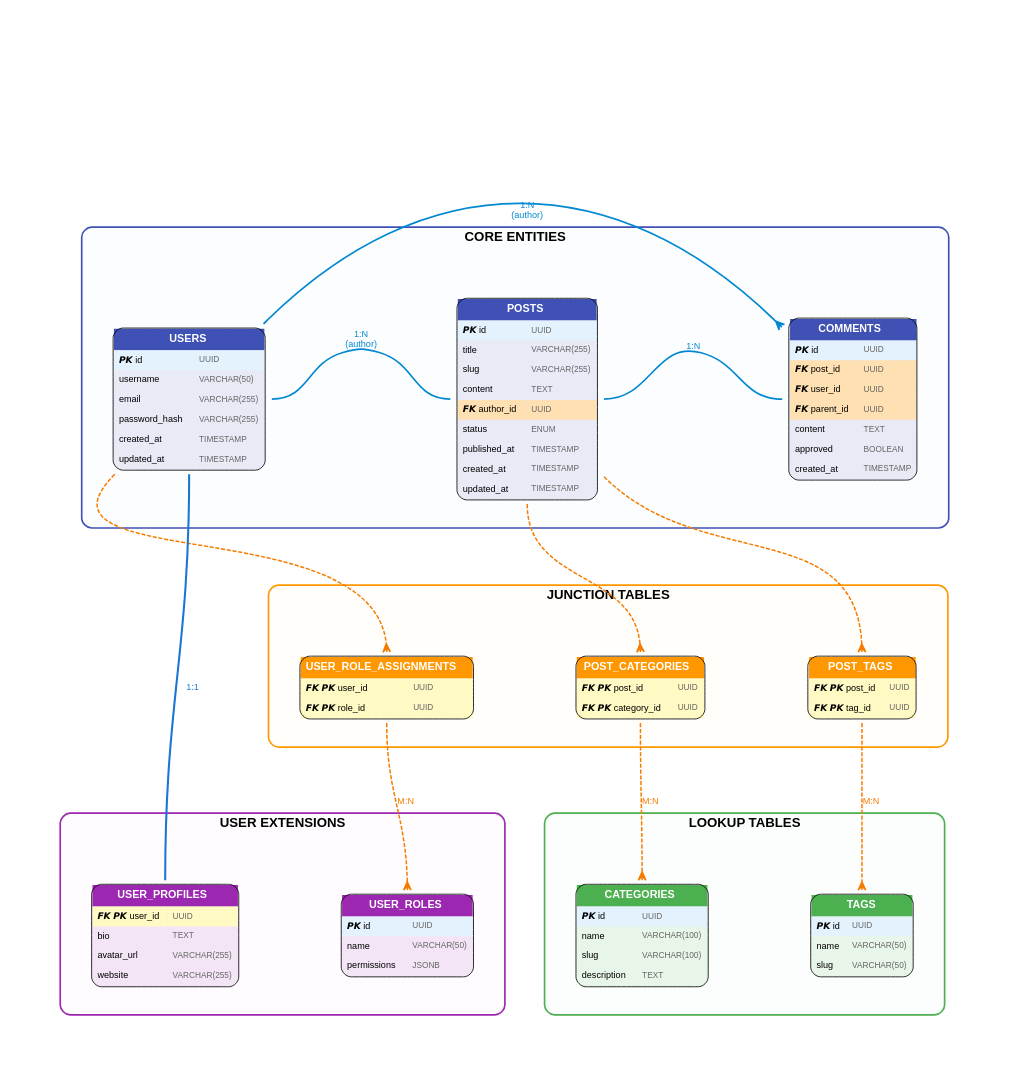
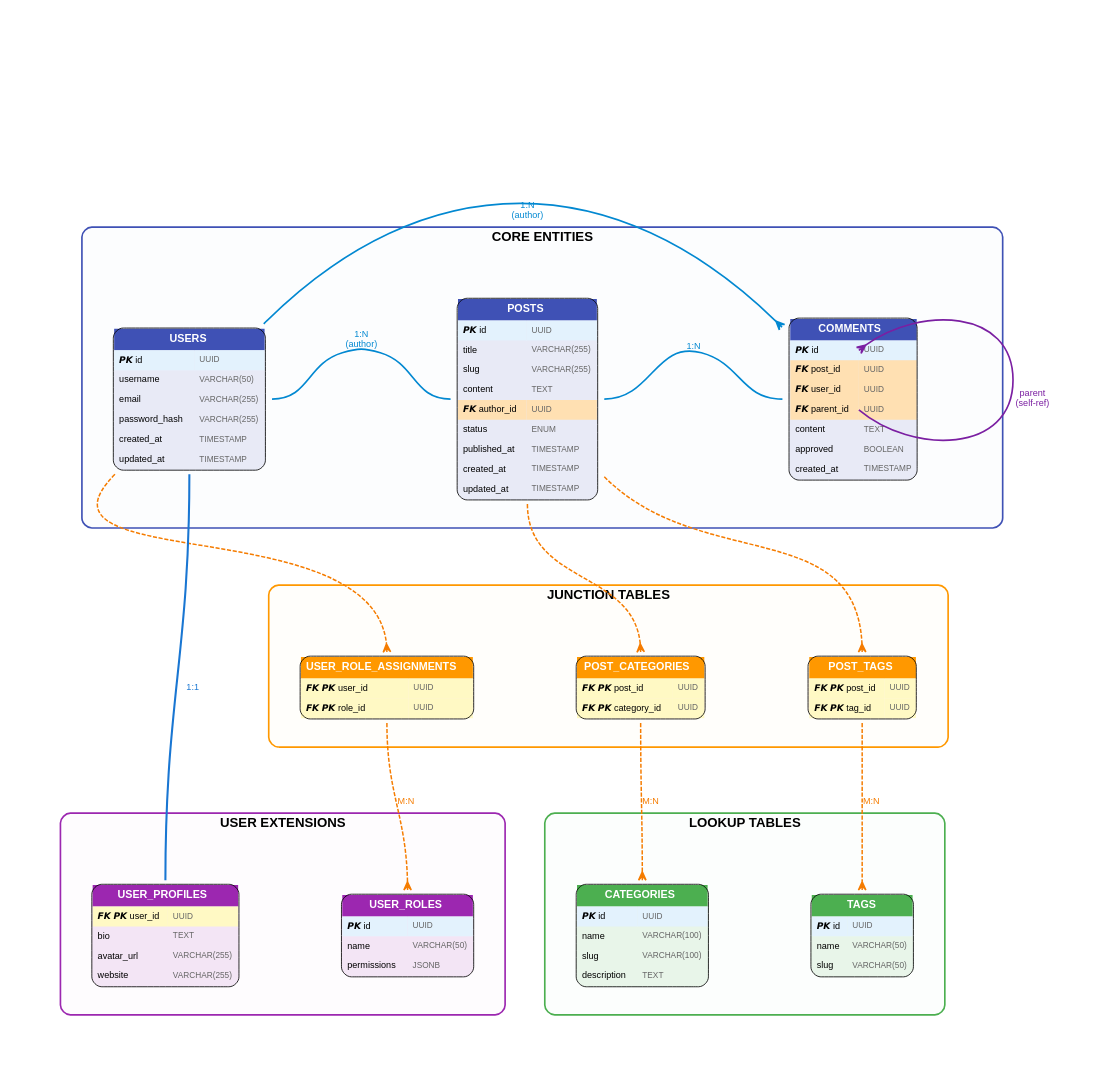
One commit to ts-graphviz/ts-graphviz changed the diagram in examples/erd-blog-platform/blog-platform-erd.dot. Above: the diagram before and after it, drawn with Graphviz. The commit also changed 2 other files, not shown here.

```diff
--- a/examples/erd-blog-platform/blog-platform-erd.dot
+++ b/examples/erd-blog-platform/blog-platform-erd.dot
@@ -31,23 +31,23 @@
     "users" [
       shape = "plaintext";
       label = <<TABLE BORDER="1" CELLBORDER="0" CELLSPACING="0" CELLPADDING="6" BGCOLOR="#E8EAF6" STYLE="ROUNDED">
-    <TR><TD COLSPAN="2" BGCOLOR="#3F51B5"><FONT COLOR="white" POINT-SIZE="13"><B>USERS</B></FONT></TD></TR>
-    <TR><TD ALIGN="LEFT" PORT="id" BGCOLOR="#E3F2FD"><FONT POINT-SIZE="11">𝙋𝙆 id</FONT></TD><TD ALIGN="LEFT" BGCOLOR="#E3F2FD"><FONT POINT-SIZE="10" COLOR="#666666">UUID</FONT></TD></TR><TR><TD ALIGN="LEFT" PORT="username"><FONT POINT-SIZE="11">username</FONT></TD><TD ALIGN="LEFT"><FONT POINT-SIZE="10" COLOR="#666666">VARCHAR(50)</FONT></TD></TR><TR><TD ALIGN="LEFT" PORT="email"><FONT POINT-SIZE="11">email</FONT></TD><TD ALIGN="LEFT"><FONT POINT-SIZE="10" COLOR="#666666">VARCHAR(255)</FONT></TD></TR><TR><TD ALIGN="LEFT" PORT="password_hash"><FONT POINT-SIZE="11">password_hash</FONT></TD><TD ALIGN="LEFT"><FONT POINT-SIZE="10" COLOR="#666666">VARCHAR(255)</FONT></TD></TR><TR><TD ALIGN="LEFT" PORT="created_at"><FONT POINT-SIZE="11">created_at</FONT></TD><TD ALIGN="LEFT"><FONT POINT-SIZE="10" COLOR="#666666">TIMESTAMP</FONT></TD></TR><TR><TD ALIGN="LEFT" PORT="updated_at"><FONT POINT-SIZE="11">updated_at</FONT></TD><TD ALIGN="LEFT"><FONT POINT-SIZE="10" COLOR="#666666">TIMESTAMP</FONT></TD></TR>
-  </TABLE>>;
+  <TR><TD COLSPAN="2" BGCOLOR="#3F51B5"><FONT COLOR="white" POINT-SIZE="13"><B>USERS</B></FONT></TD></TR>
+  <TR><TD ALIGN="LEFT" PORT="id" BGCOLOR="#E3F2FD"><FONT POINT-SIZE="11">𝙋𝙆 id</FONT></TD><TD ALIGN="LEFT" BGCOLOR="#E3F2FD"><FONT POINT-SIZE="10" COLOR="#666666">UUID</FONT></TD></TR><TR><TD ALIGN="LEFT" PORT="username"><FONT POINT-SIZE="11">username</FONT></TD><TD ALIGN="LEFT"><FONT POINT-SIZE="10" COLOR="#666666">VARCHAR(50)</FONT></TD></TR><TR><TD ALIGN="LEFT" PORT="email"><FONT POINT-SIZE="11">email</FONT></TD><TD ALIGN="LEFT"><FONT POINT-SIZE="10" COLOR="#666666">VARCHAR(255)</FONT></TD></TR><TR><TD ALIGN="LEFT" PORT="password_hash"><FONT POINT-SIZE="11">password_hash</FONT></TD><TD ALIGN="LEFT"><FONT POINT-SIZE="10" COLOR="#666666">VARCHAR(255)</FONT></TD></TR><TR><TD ALIGN="LEFT" PORT="created_at"><FONT POINT-SIZE="11">created_at</FONT></TD><TD ALIGN="LEFT"><FONT POINT-SIZE="10" COLOR="#666666">TIMESTAMP</FONT></TD></TR><TR><TD ALIGN="LEFT" PORT="updated_at"><FONT POINT-SIZE="11">updated_at</FONT></TD><TD ALIGN="LEFT"><FONT POINT-SIZE="10" COLOR="#666666">TIMESTAMP</FONT></TD></TR>
+</TABLE>>;
     ];
     "posts" [
       shape = "plaintext";
       label = <<TABLE BORDER="1" CELLBORDER="0" CELLSPACING="0" CELLPADDING="6" BGCOLOR="#E8EAF6" STYLE="ROUNDED">
-    <TR><TD COLSPAN="2" BGCOLOR="#3F51B5"><FONT COLOR="white" POINT-SIZE="13"><B>POSTS</B></FONT></TD></TR>
-    <TR><TD ALIGN="LEFT" PORT="id" BGCOLOR="#E3F2FD"><FONT POINT-SIZE="11">𝙋𝙆 id</FONT></TD><TD ALIGN="LEFT" BGCOLOR="#E3F2FD"><FONT POINT-SIZE="10" COLOR="#666666">UUID</FONT></TD></TR><TR><TD ALIGN="LEFT" PORT="title"><FONT POINT-SIZE="11">title</FONT></TD><TD ALIGN="LEFT"><FONT POINT-SIZE="10" COLOR="#666666">VARCHAR(255)</FONT></TD></TR><TR><TD ALIGN="LEFT" PORT="slug"><FONT POINT-SIZE="11">slug</FONT></TD><TD ALIGN="LEFT"><FONT POINT-SIZE="10" COLOR="#666666">VARCHAR(255)</FONT></TD></TR><TR><TD ALIGN="LEFT" PORT="content"><FONT POINT-SIZE="11">content</FONT></TD><TD ALIGN="LEFT"><FONT POINT-SIZE="10" COLOR="#666666">TEXT</FONT></TD></TR><TR><TD ALIGN="LEFT" PORT="author_id" BGCOLOR="#FFE0B2"><FONT POINT-SIZE="11">𝙁𝙆 author_id</FONT></TD><TD ALIGN="LEFT" BGCOLOR="#FFE0B2"><FONT POINT-SIZE="10" COLOR="#666666">UUID</FONT></TD></TR><TR><TD ALIGN="LEFT" PORT="status"><FONT POINT-SIZE="11">status</FONT></TD><TD ALIGN="LEFT"><FONT POINT-SIZE="10" COLOR="#666666">ENUM</FONT></TD></TR><TR><TD ALIGN="LEFT" PORT="published_at"><FONT POINT-SIZE="11">published_at</FONT></TD><TD ALIGN="LEFT"><FONT POINT-SIZE="10" COLOR="#666666">TIMESTAMP</FONT></TD></TR><TR><TD ALIGN="LEFT" PORT="created_at"><FONT POINT-SIZE="11">created_at</FONT></TD><TD ALIGN="LEFT"><FONT POINT-SIZE="10" COLOR="#666666">TIMESTAMP</FONT></TD></TR><TR><TD ALIGN="LEFT" PORT="updated_at"><FONT POINT-SIZE="11">updated_at</FONT></TD><TD ALIGN="LEFT"><FONT POINT-SIZE="10" COLOR="#666666">TIMESTAMP</FONT></TD></TR>
-  </TABLE>>;
+  <TR><TD COLSPAN="2" BGCOLOR="#3F51B5"><FONT COLOR="white" POINT-SIZE="13"><B>POSTS</B></FONT></TD></TR>
+  <TR><TD ALIGN="LEFT" PORT="id" BGCOLOR="#E3F2FD"><FONT POINT-SIZE="11">𝙋𝙆 id</FONT></TD><TD ALIGN="LEFT" BGCOLOR="#E3F2FD"><FONT POINT-SIZE="10" COLOR="#666666">UUID</FONT></TD></TR><TR><TD ALIGN="LEFT" PORT="title"><FONT POINT-SIZE="11">title</FONT></TD><TD ALIGN="LEFT"><FONT POINT-SIZE="10" COLOR="#666666">VARCHAR(255)</FONT></TD></TR><TR><TD ALIGN="LEFT" PORT="slug"><FONT POINT-SIZE="11">slug</FONT></TD><TD ALIGN="LEFT"><FONT POINT-SIZE="10" COLOR="#666666">VARCHAR(255)</FONT></TD></TR><TR><TD ALIGN="LEFT" PORT="content"><FONT POINT-SIZE="11">content</FONT></TD><TD ALIGN="LEFT"><FONT POINT-SIZE="10" COLOR="#666666">TEXT</FONT></TD></TR><TR><TD ALIGN="LEFT" PORT="author_id" BGCOLOR="#FFE0B2"><FONT POINT-SIZE="11">𝙁𝙆 author_id</FONT></TD><TD ALIGN="LEFT" BGCOLOR="#FFE0B2"><FONT POINT-SIZE="10" COLOR="#666666">UUID</FONT></TD></TR><TR><TD ALIGN="LEFT" PORT="status"><FONT POINT-SIZE="11">status</FONT></TD><TD ALIGN="LEFT"><FONT POINT-SIZE="10" COLOR="#666666">ENUM</FONT></TD></TR><TR><TD ALIGN="LEFT" PORT="published_at"><FONT POINT-SIZE="11">published_at</FONT></TD><TD ALIGN="LEFT"><FONT POINT-SIZE="10" COLOR="#666666">TIMESTAMP</FONT></TD></TR><TR><TD ALIGN="LEFT" PORT="created_at"><FONT POINT-SIZE="11">created_at</FONT></TD><TD ALIGN="LEFT"><FONT POINT-SIZE="10" COLOR="#666666">TIMESTAMP</FONT></TD></TR><TR><TD ALIGN="LEFT" PORT="updated_at"><FONT POINT-SIZE="11">updated_at</FONT></TD><TD ALIGN="LEFT"><FONT POINT-SIZE="10" COLOR="#666666">TIMESTAMP</FONT></TD></TR>
+</TABLE>>;
     ];
     "comments" [
       shape = "plaintext";
       label = <<TABLE BORDER="1" CELLBORDER="0" CELLSPACING="0" CELLPADDING="6" BGCOLOR="#E8EAF6" STYLE="ROUNDED">
-    <TR><TD COLSPAN="2" BGCOLOR="#3F51B5"><FONT COLOR="white" POINT-SIZE="13"><B>COMMENTS</B></FONT></TD></TR>
-    <TR><TD ALIGN="LEFT" PORT="id" BGCOLOR="#E3F2FD"><FONT POINT-SIZE="11">𝙋𝙆 id</FONT></TD><TD ALIGN="LEFT" BGCOLOR="#E3F2FD"><FONT POINT-SIZE="10" COLOR="#666666">UUID</FONT></TD></TR><TR><TD ALIGN="LEFT" PORT="post_id" BGCOLOR="#FFE0B2"><FONT POINT-SIZE="11">𝙁𝙆 post_id</FONT></TD><TD ALIGN="LEFT" BGCOLOR="#FFE0B2"><FONT POINT-SIZE="10" COLOR="#666666">UUID</FONT></TD></TR><TR><TD ALIGN="LEFT" PORT="user_id" BGCOLOR="#FFE0B2"><FONT POINT-SIZE="11">𝙁𝙆 user_id</FONT></TD><TD ALIGN="LEFT" BGCOLOR="#FFE0B2"><FONT POINT-SIZE="10" COLOR="#666666">UUID</FONT></TD></TR><TR><TD ALIGN="LEFT" PORT="parent_id" BGCOLOR="#FFE0B2"><FONT POINT-SIZE="11">𝙁𝙆 parent_id</FONT></TD><TD ALIGN="LEFT" BGCOLOR="#FFE0B2"><FONT POINT-SIZE="10" COLOR="#666666">UUID</FONT></TD></TR><TR><TD ALIGN="LEFT" PORT="content"><FONT POINT-SIZE="11">content</FONT></TD><TD ALIGN="LEFT"><FONT POINT-SIZE="10" COLOR="#666666">TEXT</FONT></TD></TR><TR><TD ALIGN="LEFT" PORT="approved"><FONT POINT-SIZE="11">approved</FONT></TD><TD ALIGN="LEFT"><FONT POINT-SIZE="10" COLOR="#666666">BOOLEAN</FONT></TD></TR><TR><TD ALIGN="LEFT" PORT="created_at"><FONT POINT-SIZE="11">created_at</FONT></TD><TD ALIGN="LEFT"><FONT POINT-SIZE="10" COLOR="#666666">TIMESTAMP</FONT></TD></TR>
-  </TABLE>>;
+  <TR><TD COLSPAN="2" BGCOLOR="#3F51B5"><FONT COLOR="white" POINT-SIZE="13"><B>COMMENTS</B></FONT></TD></TR>
+  <TR><TD ALIGN="LEFT" PORT="id" BGCOLOR="#E3F2FD"><FONT POINT-SIZE="11">𝙋𝙆 id</FONT></TD><TD ALIGN="LEFT" BGCOLOR="#E3F2FD"><FONT POINT-SIZE="10" COLOR="#666666">UUID</FONT></TD></TR><TR><TD ALIGN="LEFT" PORT="post_id" BGCOLOR="#FFE0B2"><FONT POINT-SIZE="11">𝙁𝙆 post_id</FONT></TD><TD ALIGN="LEFT" BGCOLOR="#FFE0B2"><FONT POINT-SIZE="10" COLOR="#666666">UUID</FONT></TD></TR><TR><TD ALIGN="LEFT" PORT="user_id" BGCOLOR="#FFE0B2"><FONT POINT-SIZE="11">𝙁𝙆 user_id</FONT></TD><TD ALIGN="LEFT" BGCOLOR="#FFE0B2"><FONT POINT-SIZE="10" COLOR="#666666">UUID</FONT></TD></TR><TR><TD ALIGN="LEFT" PORT="parent_id" BGCOLOR="#FFE0B2"><FONT POINT-SIZE="11">𝙁𝙆 parent_id</FONT></TD><TD ALIGN="LEFT" BGCOLOR="#FFE0B2"><FONT POINT-SIZE="10" COLOR="#666666">UUID</FONT></TD></TR><TR><TD ALIGN="LEFT" PORT="content"><FONT POINT-SIZE="11">content</FONT></TD><TD ALIGN="LEFT"><FONT POINT-SIZE="10" COLOR="#666666">TEXT</FONT></TD></TR><TR><TD ALIGN="LEFT" PORT="approved"><FONT POINT-SIZE="11">approved</FONT></TD><TD ALIGN="LEFT"><FONT POINT-SIZE="10" COLOR="#666666">BOOLEAN</FONT></TD></TR><TR><TD ALIGN="LEFT" PORT="created_at"><FONT POINT-SIZE="11">created_at</FONT></TD><TD ALIGN="LEFT"><FONT POINT-SIZE="10" COLOR="#666666">TIMESTAMP</FONT></TD></TR>
+</TABLE>>;
     ];
   }
   subgraph "cluster_junction" {
@@ -62,23 +62,23 @@
     "post_categories" [
       shape = "plaintext";
       label = <<TABLE BORDER="1" CELLBORDER="0" CELLSPACING="0" CELLPADDING="6" BGCOLOR="#FFF3E0" STYLE="ROUNDED">
-    <TR><TD COLSPAN="2" BGCOLOR="#FF9800"><FONT COLOR="white" POINT-SIZE="13"><B>POST_CATEGORIES</B></FONT></TD></TR>
-    <TR><TD ALIGN="LEFT" PORT="post_id" BGCOLOR="#FFF9C4"><FONT POINT-SIZE="11">𝙁𝙆 𝙋𝙆 post_id</FONT></TD><TD ALIGN="LEFT" BGCOLOR="#FFF9C4"><FONT POINT-SIZE="10" COLOR="#666666">UUID</FONT></TD></TR><TR><TD ALIGN="LEFT" PORT="category_id" BGCOLOR="#FFF9C4"><FONT POINT-SIZE="11">𝙁𝙆 𝙋𝙆 category_id</FONT></TD><TD ALIGN="LEFT" BGCOLOR="#FFF9C4"><FONT POINT-SIZE="10" COLOR="#666666">UUID</FONT></TD></TR>
-  </TABLE>>;
+  <TR><TD COLSPAN="2" BGCOLOR="#FF9800"><FONT COLOR="white" POINT-SIZE="13"><B>POST_CATEGORIES</B></FONT></TD></TR>
+  <TR><TD ALIGN="LEFT" PORT="post_id" BGCOLOR="#FFF9C4"><FONT POINT-SIZE="11">𝙁𝙆 𝙋𝙆 post_id</FONT></TD><TD ALIGN="LEFT" BGCOLOR="#FFF9C4"><FONT POINT-SIZE="10" COLOR="#666666">UUID</FONT></TD></TR><TR><TD ALIGN="LEFT" PORT="category_id" BGCOLOR="#FFF9C4"><FONT POINT-SIZE="11">𝙁𝙆 𝙋𝙆 category_id</FONT></TD><TD ALIGN="LEFT" BGCOLOR="#FFF9C4"><FONT POINT-SIZE="10" COLOR="#666666">UUID</FONT></TD></TR>
+</TABLE>>;
     ];
     "post_tags" [
       shape = "plaintext";
       label = <<TABLE BORDER="1" CELLBORDER="0" CELLSPACING="0" CELLPADDING="6" BGCOLOR="#FFF3E0" STYLE="ROUNDED">
-    <TR><TD COLSPAN="2" BGCOLOR="#FF9800"><FONT COLOR="white" POINT-SIZE="13"><B>POST_TAGS</B></FONT></TD></TR>
-    <TR><TD ALIGN="LEFT" PORT="post_id" BGCOLOR="#FFF9C4"><FONT POINT-SIZE="11">𝙁𝙆 𝙋𝙆 post_id</FONT></TD><TD ALIGN="LEFT" BGCOLOR="#FFF9C4"><FONT POINT-SIZE="10" COLOR="#666666">UUID</FONT></TD></TR><TR><TD ALIGN="LEFT" PORT="tag_id" BGCOLOR="#FFF9C4"><FONT POINT-SIZE="11">𝙁𝙆 𝙋𝙆 tag_id</FONT></TD><TD ALIGN="LEFT" BGCOLOR="#FFF9C4"><FONT POINT-SIZE="10" COLOR="#666666">UUID</FONT></TD></TR>
-  </TABLE>>;
+  <TR><TD COLSPAN="2" BGCOLOR="#FF9800"><FONT COLOR="white" POINT-SIZE="13"><B>POST_TAGS</B></FONT></TD></TR>
+  <TR><TD ALIGN="LEFT" PORT="post_id" BGCOLOR="#FFF9C4"><FONT POINT-SIZE="11">𝙁𝙆 𝙋𝙆 post_id</FONT></TD><TD ALIGN="LEFT" BGCOLOR="#FFF9C4"><FONT POINT-SIZE="10" COLOR="#666666">UUID</FONT></TD></TR><TR><TD ALIGN="LEFT" PORT="tag_id" BGCOLOR="#FFF9C4"><FONT POINT-SIZE="11">𝙁𝙆 𝙋𝙆 tag_id</FONT></TD><TD ALIGN="LEFT" BGCOLOR="#FFF9C4"><FONT POINT-SIZE="10" COLOR="#666666">UUID</FONT></TD></TR>
+</TABLE>>;
     ];
     "user_role_assignments" [
       shape = "plaintext";
       label = <<TABLE BORDER="1" CELLBORDER="0" CELLSPACING="0" CELLPADDING="6" BGCOLOR="#FFF3E0" STYLE="ROUNDED">
-    <TR><TD COLSPAN="2" BGCOLOR="#FF9800"><FONT COLOR="white" POINT-SIZE="13"><B>USER_ROLE_ASSIGNMENTS</B></FONT></TD></TR>
-    <TR><TD ALIGN="LEFT" PORT="user_id" BGCOLOR="#FFF9C4"><FONT POINT-SIZE="11">𝙁𝙆 𝙋𝙆 user_id</FONT></TD><TD ALIGN="LEFT" BGCOLOR="#FFF9C4"><FONT POINT-SIZE="10" COLOR="#666666">UUID</FONT></TD></TR><TR><TD ALIGN="LEFT" PORT="role_id" BGCOLOR="#FFF9C4"><FONT POINT-SIZE="11">𝙁𝙆 𝙋𝙆 role_id</FONT></TD><TD ALIGN="LEFT" BGCOLOR="#FFF9C4"><FONT POINT-SIZE="10" COLOR="#666666">UUID</FONT></TD></TR>
-  </TABLE>>;
+  <TR><TD COLSPAN="2" BGCOLOR="#FF9800"><FONT COLOR="white" POINT-SIZE="13"><B>USER_ROLE_ASSIGNMENTS</B></FONT></TD></TR>
+  <TR><TD ALIGN="LEFT" PORT="user_id" BGCOLOR="#FFF9C4"><FONT POINT-SIZE="11">𝙁𝙆 𝙋𝙆 user_id</FONT></TD><TD ALIGN="LEFT" BGCOLOR="#FFF9C4"><FONT POINT-SIZE="10" COLOR="#666666">UUID</FONT></TD></TR><TR><TD ALIGN="LEFT" PORT="role_id" BGCOLOR="#FFF9C4"><FONT POINT-SIZE="11">𝙁𝙆 𝙋𝙆 role_id</FONT></TD><TD ALIGN="LEFT" BGCOLOR="#FFF9C4"><FONT POINT-SIZE="10" COLOR="#666666">UUID</FONT></TD></TR>
+</TABLE>>;
     ];
   }
   subgraph "cluster_lookup" {
@@ -93,16 +93,16 @@
     "categories" [
       shape = "plaintext";
       label = <<TABLE BORDER="1" CELLBORDER="0" CELLSPACING="0" CELLPADDING="6" BGCOLOR="#E8F5E9" STYLE="ROUNDED">
-    <TR><TD COLSPAN="2" BGCOLOR="#4CAF50"><FONT COLOR="white" POINT-SIZE="13"><B>CATEGORIES</B></FONT></TD></TR>
-    <TR><TD ALIGN="LEFT" PORT="id" BGCOLOR="#E3F2FD"><FONT POINT-SIZE="11">𝙋𝙆 id</FONT></TD><TD ALIGN="LEFT" BGCOLOR="#E3F2FD"><FONT POINT-SIZE="10" COLOR="#666666">UUID</FONT></TD></TR><TR><TD ALIGN="LEFT" PORT="name"><FONT POINT-SIZE="11">name</FONT></TD><TD ALIGN="LEFT"><FONT POINT-SIZE="10" COLOR="#666666">VARCHAR(100)</FONT></TD></TR><TR><TD ALIGN="LEFT" PORT="slug"><FONT POINT-SIZE="11">slug</FONT></TD><TD ALIGN="LEFT"><FONT POINT-SIZE="10" COLOR="#666666">VARCHAR(100)</FONT></TD></TR><TR><TD ALIGN="LEFT" PORT="description"><FONT POINT-SIZE="11">description</FONT></TD><TD ALIGN="LEFT"><FONT POINT-SIZE="10" COLOR="#666666">TEXT</FONT></TD></TR>
-  </TABLE>>;
+  <TR><TD COLSPAN="2" BGCOLOR="#4CAF50"><FONT COLOR="white" POINT-SIZE="13"><B>CATEGORIES</B></FONT></TD></TR>
+  <TR><TD ALIGN="LEFT" PORT="id" BGCOLOR="#E3F2FD"><FONT POINT-SIZE="11">𝙋𝙆 id</FONT></TD><TD ALIGN="LEFT" BGCOLOR="#E3F2FD"><FONT POINT-SIZE="10" COLOR="#666666">UUID</FONT></TD></TR><TR><TD ALIGN="LEFT" PORT="name"><FONT POINT-SIZE="11">name</FONT></TD><TD ALIGN="LEFT"><FONT POINT-SIZE="10" COLOR="#666666">VARCHAR(100)</FONT></TD></TR><TR><TD ALIGN="LEFT" PORT="slug"><FONT POINT-SIZE="11">slug</FONT></TD><TD ALIGN="LEFT"><FONT POINT-SIZE="10" COLOR="#666666">VARCHAR(100)</FONT></TD></TR><TR><TD ALIGN="LEFT" PORT="description"><FONT POINT-SIZE="11">description</FONT></TD><TD ALIGN="LEFT"><FONT POINT-SIZE="10" COLOR="#666666">TEXT</FONT></TD></TR>
+</TABLE>>;
     ];
     "tags" [
       shape = "plaintext";
       label = <<TABLE BORDER="1" CELLBORDER="0" CELLSPACING="0" CELLPADDING="6" BGCOLOR="#E8F5E9" STYLE="ROUNDED">
-    <TR><TD COLSPAN="2" BGCOLOR="#4CAF50"><FONT COLOR="white" POINT-SIZE="13"><B>TAGS</B></FONT></TD></TR>
-    <TR><TD ALIGN="LEFT" PORT="id" BGCOLOR="#E3F2FD"><FONT POINT-SIZE="11">𝙋𝙆 id</FONT></TD><TD ALIGN="LEFT" BGCOLOR="#E3F2FD"><FONT POINT-SIZE="10" COLOR="#666666">UUID</FONT></TD></TR><TR><TD ALIGN="LEFT" PORT="name"><FONT POINT-SIZE="11">name</FONT></TD><TD ALIGN="LEFT"><FONT POINT-SIZE="10" COLOR="#666666">VARCHAR(50)</FONT></TD></TR><TR><TD ALIGN="LEFT" PORT="slug"><FONT POINT-SIZE="11">slug</FONT></TD><TD ALIGN="LEFT"><FONT POINT-SIZE="10" COLOR="#666666">VARCHAR(50)</FONT></TD></TR>
-  </TABLE>>;
+  <TR><TD COLSPAN="2" BGCOLOR="#4CAF50"><FONT COLOR="white" POINT-SIZE="13"><B>TAGS</B></FONT></TD></TR>
+  <TR><TD ALIGN="LEFT" PORT="id" BGCOLOR="#E3F2FD"><FONT POINT-SIZE="11">𝙋𝙆 id</FONT></TD><TD ALIGN="LEFT" BGCOLOR="#E3F2FD"><FONT POINT-SIZE="10" COLOR="#666666">UUID</FONT></TD></TR><TR><TD ALIGN="LEFT" PORT="name"><FONT POINT-SIZE="11">name</FONT></TD><TD ALIGN="LEFT"><FONT POINT-SIZE="10" COLOR="#666666">VARCHAR(50)</FONT></TD></TR><TR><TD ALIGN="LEFT" PORT="slug"><FONT POINT-SIZE="11">slug</FONT></TD><TD ALIGN="LEFT"><FONT POINT-SIZE="10" COLOR="#666666">VARCHAR(50)</FONT></TD></TR>
+</TABLE>>;
     ];
   }
   subgraph "cluster_user_ext" {
@@ -117,16 +117,16 @@
     "user_profiles" [
       shape = "plaintext";
       label = <<TABLE BORDER="1" CELLBORDER="0" CELLSPACING="0" CELLPADDING="6" BGCOLOR="#F3E5F5" STYLE="ROUNDED">
-    <TR><TD COLSPAN="2" BGCOLOR="#9C27B0"><FONT COLOR="white" POINT-SIZE="13"><B>USER_PROFILES</B></FONT></TD></TR>
-    <TR><TD ALIGN="LEFT" PORT="user_id" BGCOLOR="#FFF9C4"><FONT POINT-SIZE="11">𝙁𝙆 𝙋𝙆 user_id</FONT></TD><TD ALIGN="LEFT" BGCOLOR="#FFF9C4"><FONT POINT-SIZE="10" COLOR="#666666">UUID</FONT></TD></TR><TR><TD ALIGN="LEFT" PORT="bio"><FONT POINT-SIZE="11">bio</FONT></TD><TD ALIGN="LEFT"><FONT POINT-SIZE="10" COLOR="#666666">TEXT</FONT></TD></TR><TR><TD ALIGN="LEFT" PORT="avatar_url"><FONT POINT-SIZE="11">avatar_url</FONT></TD><TD ALIGN="LEFT"><FONT POINT-SIZE="10" COLOR="#666666">VARCHAR(255)</FONT></TD></TR><TR><TD ALIGN="LEFT" PORT="website"><FONT POINT-SIZE="11">website</FONT></TD><TD ALIGN="LEFT"><FONT POINT-SIZE="10" COLOR="#666666">VARCHAR(255)</FONT></TD></TR>
-  </TABLE>>;
+  <TR><TD COLSPAN="2" BGCOLOR="#9C27B0"><FONT COLOR="white" POINT-SIZE="13"><B>USER_PROFILES</B></FONT></TD></TR>
+  <TR><TD ALIGN="LEFT" PORT="user_id" BGCOLOR="#FFF9C4"><FONT POINT-SIZE="11">𝙁𝙆 𝙋𝙆 user_id</FONT></TD><TD ALIGN="LEFT" BGCOLOR="#FFF9C4"><FONT POINT-SIZE="10" COLOR="#666666">UUID</FONT></TD></TR><TR><TD ALIGN="LEFT" PORT="bio"><FONT POINT-SIZE="11">bio</FONT></TD><TD ALIGN="LEFT"><FONT POINT-SIZE="10" COLOR="#666666">TEXT</FONT></TD></TR><TR><TD ALIGN="LEFT" PORT="avatar_url"><FONT POINT-SIZE="11">avatar_url</FONT></TD><TD ALIGN="LEFT"><FONT POINT-SIZE="10" COLOR="#666666">VARCHAR(255)</FONT></TD></TR><TR><TD ALIGN="LEFT" PORT="website"><FONT POINT-SIZE="11">website</FONT></TD><TD ALIGN="LEFT"><FONT POINT-SIZE="10" COLOR="#666666">VARCHAR(255)</FONT></TD></TR>
+</TABLE>>;
     ];
     "user_roles" [
       shape = "plaintext";
       label = <<TABLE BORDER="1" CELLBORDER="0" CELLSPACING="0" CELLPADDING="6" BGCOLOR="#F3E5F5" STYLE="ROUNDED">
-    <TR><TD COLSPAN="2" BGCOLOR="#9C27B0"><FONT COLOR="white" POINT-SIZE="13"><B>USER_ROLES</B></FONT></TD></TR>
-    <TR><TD ALIGN="LEFT" PORT="id" BGCOLOR="#E3F2FD"><FONT POINT-SIZE="11">𝙋𝙆 id</FONT></TD><TD ALIGN="LEFT" BGCOLOR="#E3F2FD"><FONT POINT-SIZE="10" COLOR="#666666">UUID</FONT></TD></TR><TR><TD ALIGN="LEFT" PORT="name"><FONT POINT-SIZE="11">name</FONT></TD><TD ALIGN="LEFT"><FONT POINT-SIZE="10" COLOR="#666666">VARCHAR(50)</FONT></TD></TR><TR><TD ALIGN="LEFT" PORT="permissions"><FONT POINT-SIZE="11">permissions</FONT></TD><TD ALIGN="LEFT"><FONT POINT-SIZE="10" COLOR="#666666">JSONB</FONT></TD></TR>
-  </TABLE>>;
+  <TR><TD COLSPAN="2" BGCOLOR="#9C27B0"><FONT COLOR="white" POINT-SIZE="13"><B>USER_ROLES</B></FONT></TD></TR>
+  <TR><TD ALIGN="LEFT" PORT="id" BGCOLOR="#E3F2FD"><FONT POINT-SIZE="11">𝙋𝙆 id</FONT></TD><TD ALIGN="LEFT" BGCOLOR="#E3F2FD"><FONT POINT-SIZE="10" COLOR="#666666">UUID</FONT></TD></TR><TR><TD ALIGN="LEFT" PORT="name"><FONT POINT-SIZE="11">name</FONT></TD><TD ALIGN="LEFT"><FONT POINT-SIZE="10" COLOR="#666666">VARCHAR(50)</FONT></TD></TR><TR><TD ALIGN="LEFT" PORT="permissions"><FONT POINT-SIZE="11">permissions</FONT></TD><TD ALIGN="LEFT"><FONT POINT-SIZE="10" COLOR="#666666">JSONB</FONT></TD></TR>
+</TABLE>>;
     ];
   }
   "users":"id":"s" -> "user_profiles":"user_id":"n" [
@@ -143,7 +143,7 @@
     tailport = "s";
   ];
   "users":"id":"e" -> "posts":"author_id":"w" [
-    label = "1:N \n(author)";
+    label = "1:N\n(author)";
     color = "#0288D1";
     penwidth = 2;
     arrowhead = "crow";
@@ -167,7 +167,7 @@
     tailport = "e";
   ];
   "users":"id":"ne" -> "comments":"user_id":"nw" [
-    label = "1:N \n(author)";
+    label = "1:N\n(author)";
     color = "#0288D1";
     penwidth = 2;
     arrowhead = "crow";
@@ -177,6 +177,16 @@
     weight = 1;
     headport = "nw";
     tailport = "ne";
+  ];
+  "comments":"parent_id":"e" -> "comments":"id":"e" [
+    label = "parent\n(self-ref)";
+    color = "#7B1FA2";
+    penwidth = 2;
+    arrowhead = "crow";
+    arrowtail = "odot";
+    fontcolor = "#7B1FA2";
+    constraint = false;
+    weight = 1;
   ];
   "posts":"id":"s" -> "post_categories":"post_id":"n" [
     color = "#F57C00";
```
